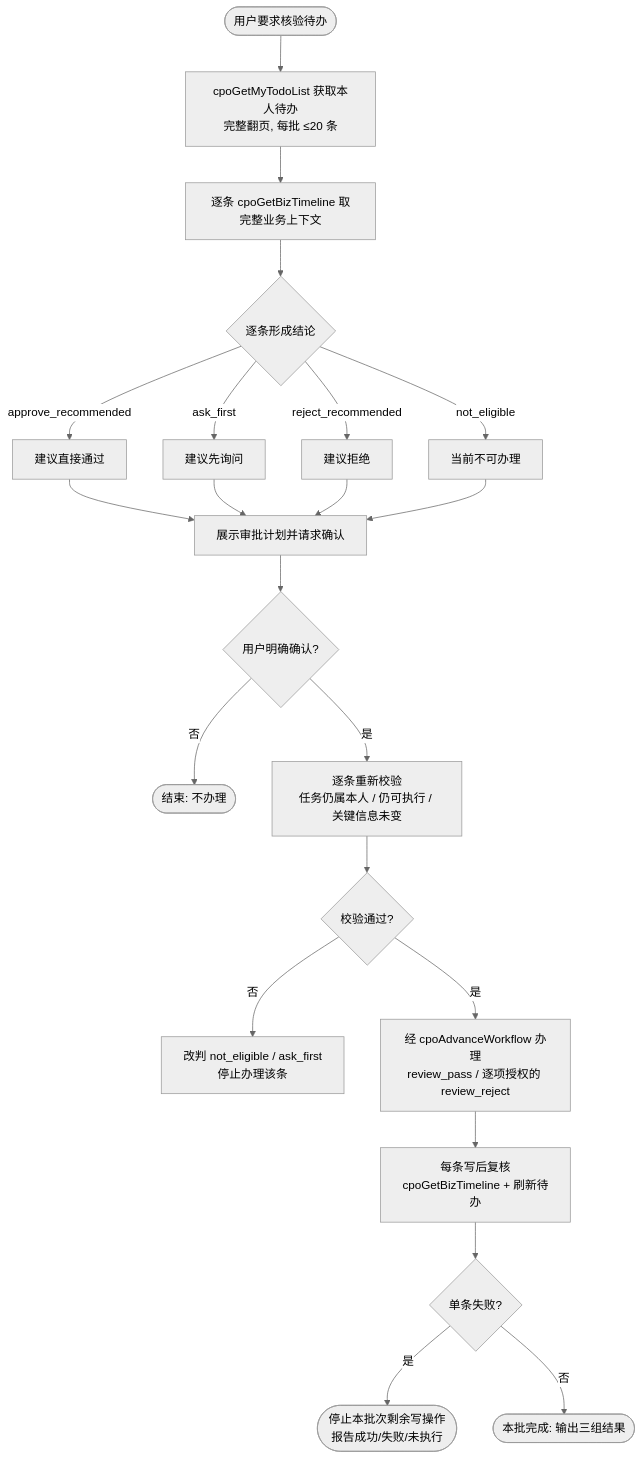
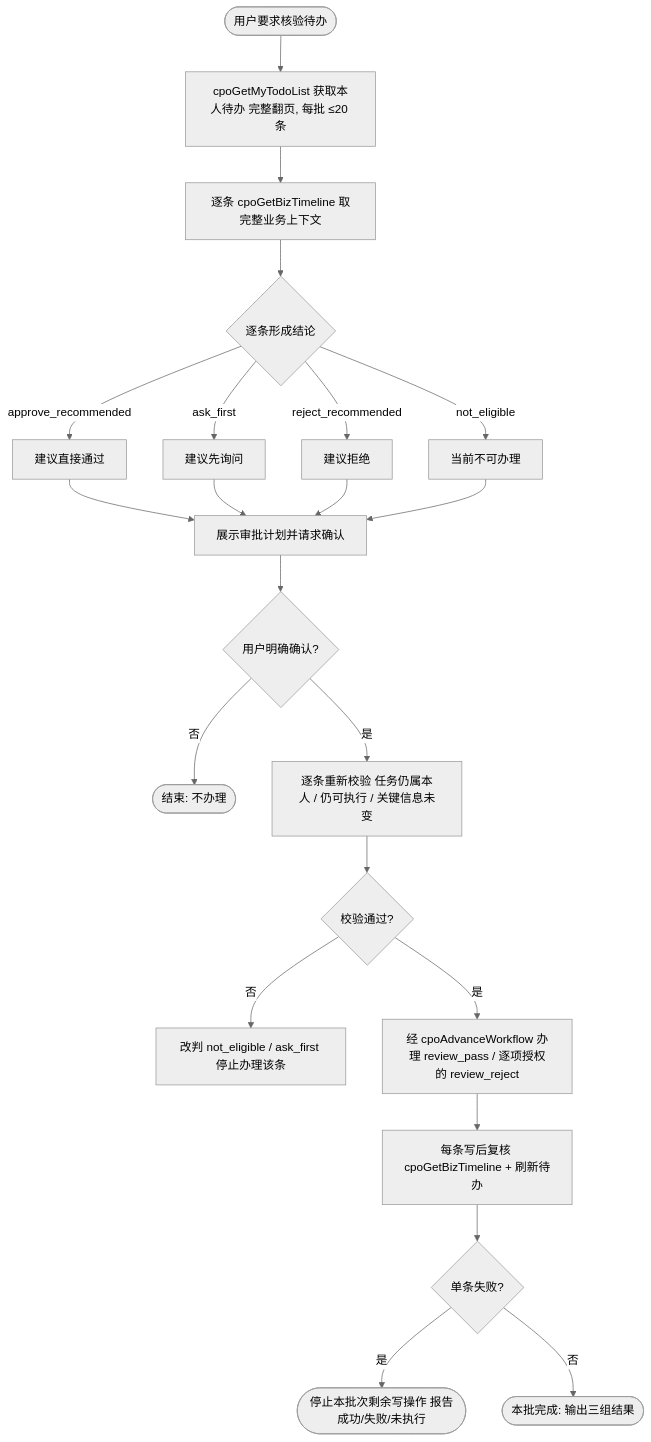
Before and after one commit to lovrabet/ei-demo: the diagram in .agents/skills/cpo-batch-workflow-approval/SKILL.md, drawn with Mermaid (neutral theme). The commit also changed 8 other files, not shown here.

Commit message:
feat: 侧边栏菜单移除飞书消息通知；skill 流程图去掉平台不支持的 br 换行标签

````diff
--- a/.agents/skills/cpo-batch-workflow-approval/SKILL.md
+++ b/.agents/skills/cpo-batch-workflow-approval/SKILL.md
@@ -22,24 +22,24 @@
 ```mermaid
 flowchart TD
-  Start([用户要求核验待办]) --> P1[cpoGetMyTodoList 获取本人待办<br/>完整翻页, 每批 ≤20 条]
+  Start([用户要求核验待办]) --> P1[cpoGetMyTodoList 获取本人待办 完整翻页, 每批 ≤20 条]
   P1 --> P2[逐条 cpoGetBizTimeline 取完整业务上下文]
   P2 --> P3{逐条形成结论}
   P3 -- approve_recommended --> C1[建议直接通过]
   P3 -- ask_first --> C2[建议先询问]
   P3 -- reject_recommended --> C3[建议拒绝]
   P3 -- not_eligible --> C4[当前不可办理]
   C1 --> P4[展示审批计划并请求确认]
   C2 --> P4
   C3 --> P4
   C4 --> P4
   P4 --> P5{用户明确确认?}
   P5 -- 否 --> E1([结束: 不办理])
-  P5 -- 是 --> P6[逐条重新校验<br/>任务仍属本人 / 仍可执行 / 关键信息未变]
+  P5 -- 是 --> P6[逐条重新校验 任务仍属本人 / 仍可执行 / 关键信息未变]
   P6 --> P7{校验通过?}
-  P7 -- 否 --> P8[改判 not_eligible / ask_first<br/>停止办理该条]
-  P7 -- 是 --> P9[经 cpoAdvanceWorkflow 办理<br/>review_pass / 逐项授权的 review_reject]
-  P9 --> P10[每条写后复核<br/>cpoGetBizTimeline + 刷新待办]
+  P7 -- 否 --> P8[改判 not_eligible / ask_first 停止办理该条]
+  P7 -- 是 --> P9[经 cpoAdvanceWorkflow 办理 review_pass / 逐项授权的 review_reject]
+  P9 --> P10[每条写后复核 cpoGetBizTimeline + 刷新待办]
   P10 --> P11{单条失败?}
-  P11 -- 是 --> Stop([停止本批次剩余写操作<br/>报告成功/失败/未执行])
+  P11 -- 是 --> Stop([停止本批次剩余写操作 报告成功/失败/未执行])
   P11 -- 否 --> E2([本批完成: 输出三组结果])
 ```
````
